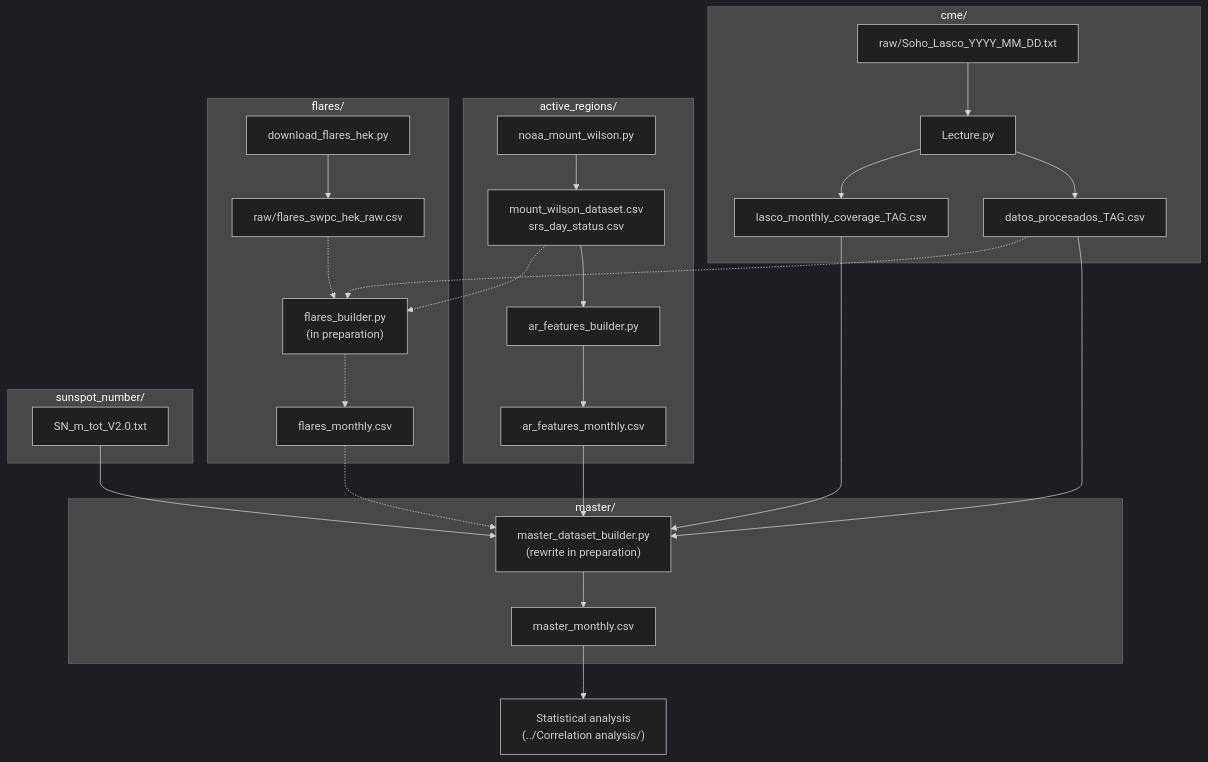
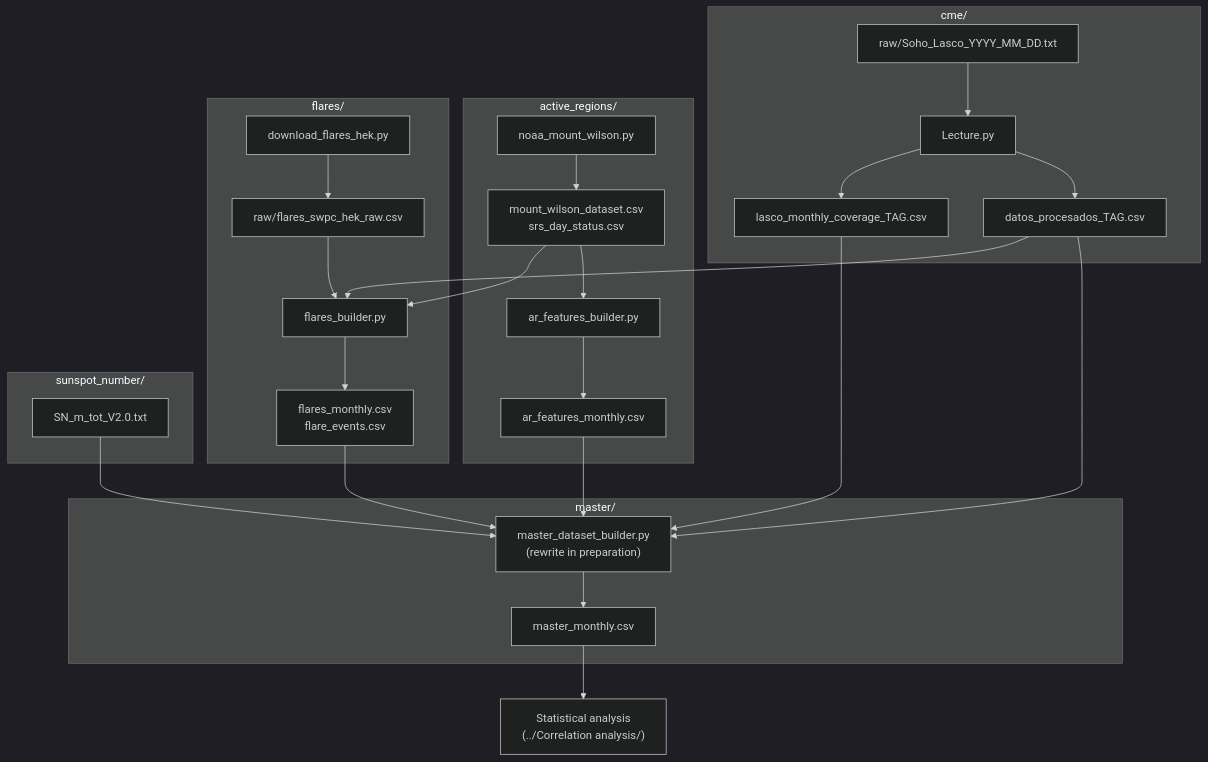
One commit to JuanAnarch7/Assessing-the-Modulation-of-CME-Occurrence-Rates-by-Active-Region-Magnetic-Complexity changed the diagram in Data/README.md. Above: the diagram before and after it, drawn with Mermaid (dark theme). The commit also changed other lines of this file and 5 other files, not shown here.

Commit message:
Add flares_builder.py and flare outputs; update READMEs

````diff
--- a/Data/README.md
+++ b/Data/README.md
@@ -29,30 +29,30 @@
 ```mermaid
 flowchart TD
     subgraph CME["cme/"]
         C0["raw/Soho_Lasco_YYYY_MM_DD.txt"] --> C1["Lecture.py"]
         C1 --> C2["datos_procesados_TAG.csv"]
         C1 --> C3["lasco_monthly_coverage_TAG.csv"]
     end
     subgraph AR["active_regions/"]
         A0["noaa_mount_wilson.py"] --> A1["mount_wilson_dataset.csv<br/>srs_day_status.csv"]
         A1 --> A2["ar_features_builder.py"] --> A3["ar_features_monthly.csv"]
     end
     subgraph FL["flares/"]
         F0["download_flares_hek.py"] --> F1["raw/flares_swpc_hek_raw.csv"]
-        F1 -.-> F2["flares_builder.py<br/>(in preparation)"] -.-> F3["flares_monthly.csv"]
+        F1 --> F2["flares_builder.py"] --> F3["flares_monthly.csv<br/>flare_events.csv"]
     end
     subgraph SN["sunspot_number/"]
         S0["SN_m_tot_V2.0.txt"]
     end
     subgraph MS["master/"]
         M0["master_dataset_builder.py<br/>(rewrite in preparation)"] --> M1["master_monthly.csv"]
     end
     C2 --> M0
     C3 --> M0
     A3 --> M0
-    F3 -.-> M0
+    F3 --> M0
     S0 --> M0
-    A1 -.-> F2
-    C2 -.-> F2
+    A1 --> F2
+    C2 --> F2
     M1 --> NEXT["Statistical analysis<br/>(../Correlation analysis/)"]
 ```
````
